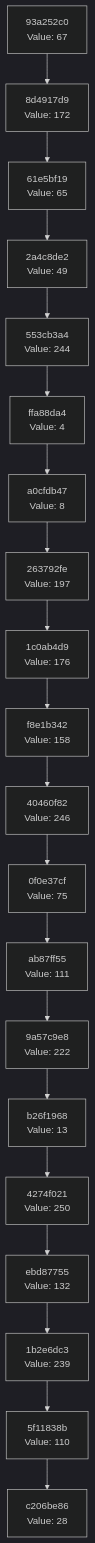
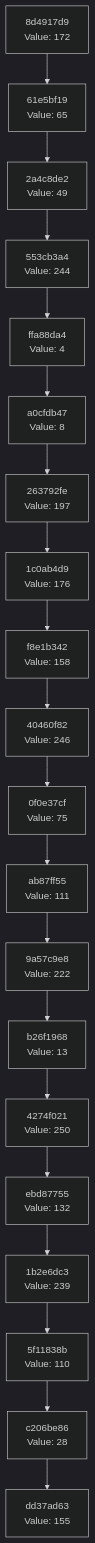
The diagram in docs/CHAIN_VISUALIZATION.md (Abhisheksinha1506/hash-chain-evolver), drawn with Mermaid (dark theme) before and after one commit. The commit also changed 2 other files, not shown here.

Commit message:
Evolution step: hash 0x9B → action executed

````diff
--- a/docs/CHAIN_VISUALIZATION.md
+++ b/docs/CHAIN_VISUALIZATION.md
@@ -3,42 +3,42 @@
 ```mermaid
 graph TD
-    C0["c206be86<br/>Value: 28"]
-    C1["5f11838b<br/>Value: 110"]
+    C0["dd37ad63<br/>Value: 155"]
+    C1["c206be86<br/>Value: 28"]
     C1 --> C0
-    C2["1b2e6dc3<br/>Value: 239"]
+    C2["5f11838b<br/>Value: 110"]
     C2 --> C1
-    C3["ebd87755<br/>Value: 132"]
+    C3["1b2e6dc3<br/>Value: 239"]
     C3 --> C2
-    C4["4274f021<br/>Value: 250"]
+    C4["ebd87755<br/>Value: 132"]
     C4 --> C3
-    C5["b26f1968<br/>Value: 13"]
+    C5["4274f021<br/>Value: 250"]
     C5 --> C4
-    C6["9a57c9e8<br/>Value: 222"]
+    C6["b26f1968<br/>Value: 13"]
     C6 --> C5
-    C7["ab87ff55<br/>Value: 111"]
+    C7["9a57c9e8<br/>Value: 222"]
     C7 --> C6
-    C8["0f0e37cf<br/>Value: 75"]
+    C8["ab87ff55<br/>Value: 111"]
     C8 --> C7
-    C9["40460f82<br/>Value: 246"]
+    C9["0f0e37cf<br/>Value: 75"]
     C9 --> C8
-    C10["f8e1b342<br/>Value: 158"]
+    C10["40460f82<br/>Value: 246"]
     C10 --> C9
-    C11["1c0ab4d9<br/>Value: 176"]
+    C11["f8e1b342<br/>Value: 158"]
     C11 --> C10
-    C12["263792fe<br/>Value: 197"]
+    C12["1c0ab4d9<br/>Value: 176"]
     C12 --> C11
-    C13["a0cfdb47<br/>Value: 8"]
+    C13["263792fe<br/>Value: 197"]
     C13 --> C12
-    C14["ffa88da4<br/>Value: 4"]
+    C14["a0cfdb47<br/>Value: 8"]
     C14 --> C13
-    C15["553cb3a4<br/>Value: 244"]
+    C15["ffa88da4<br/>Value: 4"]
     C15 --> C14
-    C16["2a4c8de2<br/>Value: 49"]
+    C16["553cb3a4<br/>Value: 244"]
     C16 --> C15
-    C17["61e5bf19<br/>Value: 65"]
+    C17["2a4c8de2<br/>Value: 49"]
     C17 --> C16
-    C18["8d4917d9<br/>Value: 172"]
+    C18["61e5bf19<br/>Value: 65"]
     C18 --> C17
-    C19["93a252c0<br/>Value: 67"]
+    C19["8d4917d9<br/>Value: 172"]
     C19 --> C18
 ```
````
